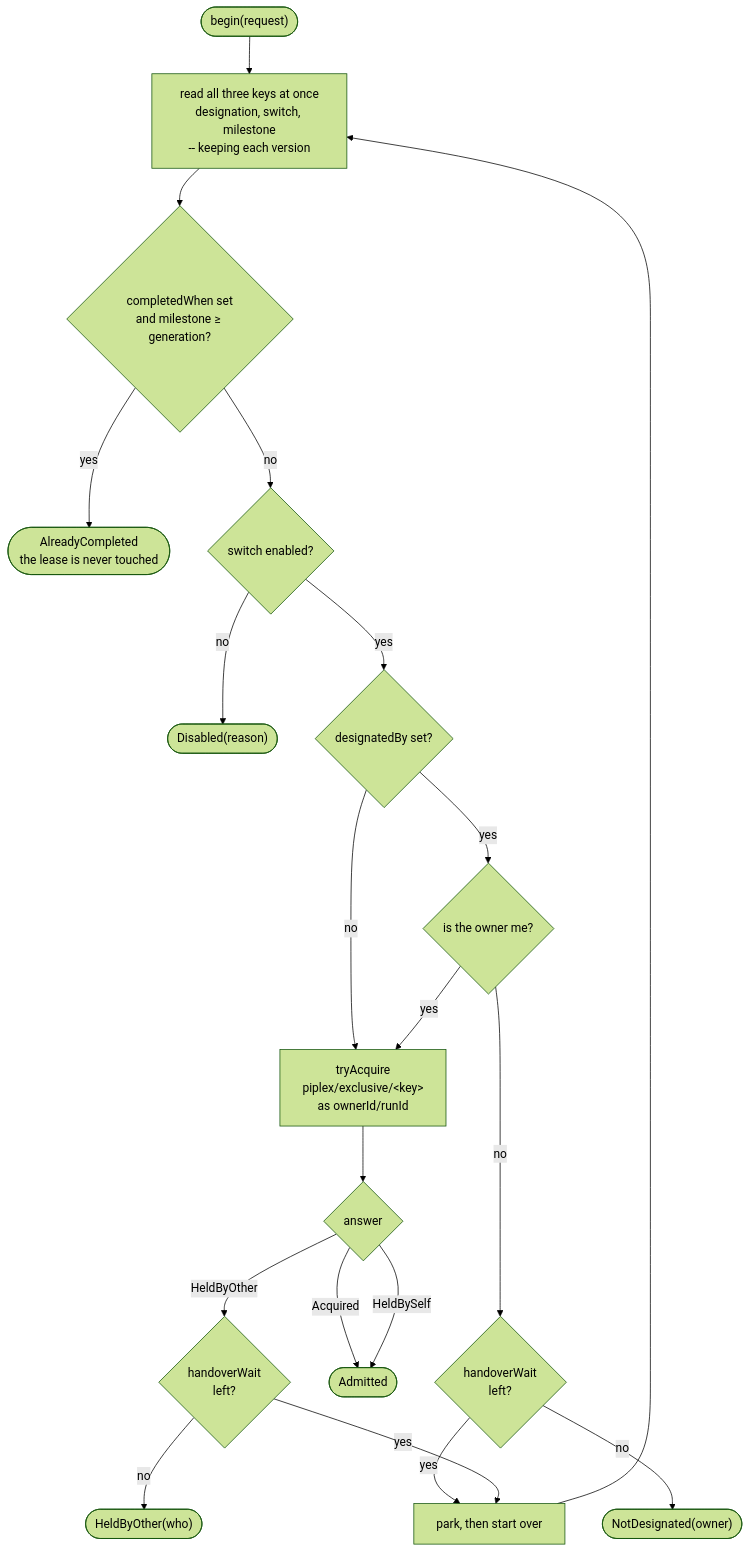
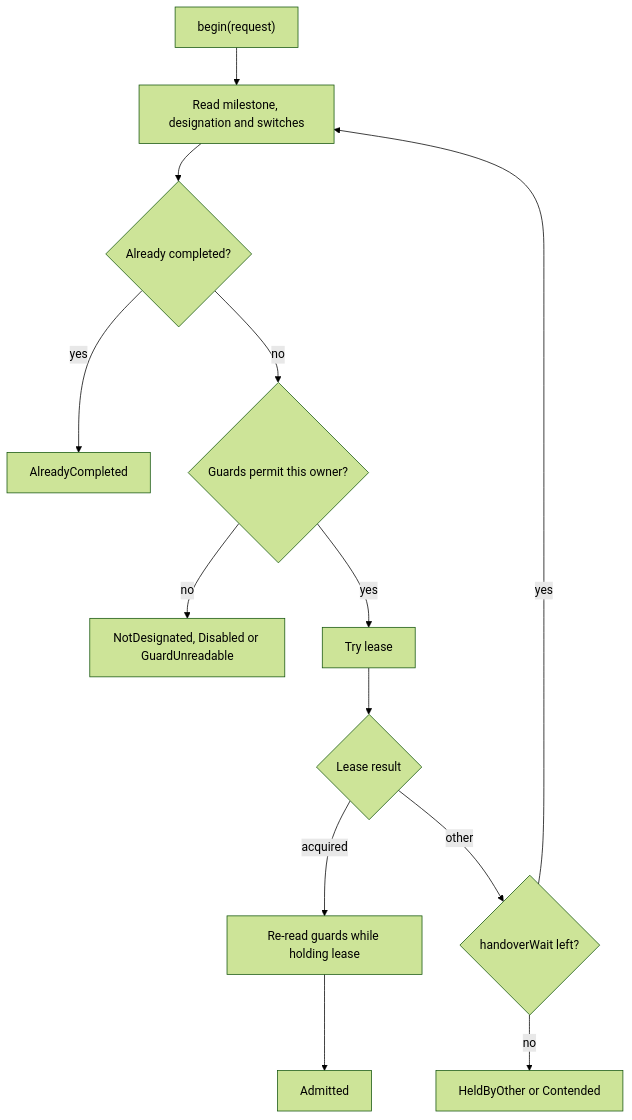
The diagram in docs/02-exclusive-run.md (green4j/piplex), drawn with Mermaid (forest theme) before and after one commit. The commit also changed other lines of this file and 100 other files, not shown here.

````diff
--- a/docs/02-exclusive-run.md
+++ b/docs/02-exclusive-run.md
@@ -28,22 +13,15 @@
 ```mermaid
 flowchart TD
-    START(["begin(request)"]) --> READ["read all three keys at once<br/>designation, switch, milestone<br/>-- keeping each version"]
-    READ --> DONE{"completedWhen set<br/>and milestone &ge; generation?"}
-    DONE -- yes --> AC(["AlreadyCompleted<br/>the lease is never touched"])
-    DONE -- no --> SW{"switch enabled?"}
-    SW -- no --> DIS(["Disabled(reason)"])
-    SW -- yes --> DES{"designatedBy set?"}
-    DES -- no --> ACQ
-    DES -- yes --> ME{"is the owner me?"}
-    ME -- no --> PARK1{"handoverWait<br/>left?"}
-    PARK1 -- no --> ND(["NotDesignated(owner)"])
-    PARK1 -- yes --> P["park, then start over"]
-    ME -- yes --> ACQ["tryAcquire<br/>piplex/exclusive/&lt;key&gt;<br/>as ownerId/runId"]
-    ACQ --> R{"answer"}
-    R -- "Acquired" --> ADMIT(["Admitted"])
-    R -- "HeldBySelf" --> ADMIT
-    R -- "HeldByOther" --> PARK2{"handoverWait<br/>left?"}
-    PARK2 -- no --> HBO(["HeldByOther(who)"])
-    PARK2 -- yes --> P
-    P --> READ
+    Begin["begin(request)"] --> Read["Read milestone, designation and switches"]
+    Read --> Done{"Already completed?"}
+    Done -- yes --> Already["AlreadyCompleted"]
+    Done -- no --> Allowed{"Guards permit this owner?"}
+    Allowed -- no --> Refused["NotDesignated, Disabled or GuardUnreadable"]
+    Allowed -- yes --> Acquire["Try lease"]
+    Acquire --> Held{"Lease result"}
+    Held -- acquired --> Recheck["Re-read guards while holding lease"]
+    Recheck --> Admit["Admitted"]
+    Held -- other --> Park{"handoverWait left?"}
+    Park -- yes --> Read
+    Park -- no --> Other["HeldByOther or Contended"]
 ```
````
